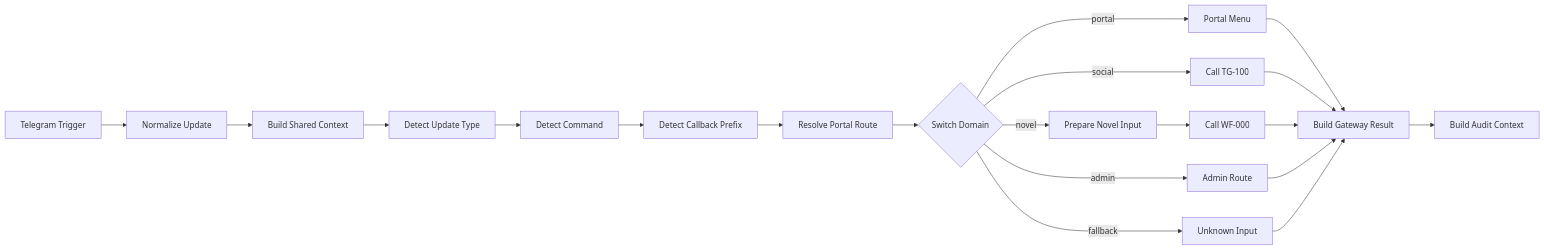
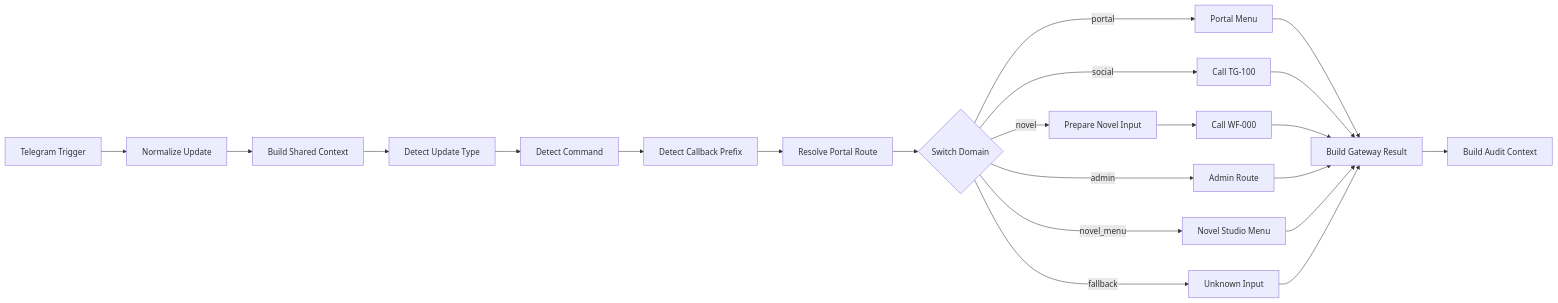
One commit to williamLee-codex/Novel-Studio changed the diagram in workflows/portal/TG-000/README.md. Above: the diagram before and after it, drawn with Mermaid. The commit also changed other lines of this file and 1 other file, not shown here.

Commit message:
Add TG-000 Novel Studio menu

````diff
--- a/workflows/portal/TG-000/README.md
+++ b/workflows/portal/TG-000/README.md
@@ -27,22 +27,24 @@
 ```mermaid
 flowchart LR
     T[Telegram Trigger] --> N[Normalize Update]
     N --> C[Build Shared Context]
     C --> D[Detect Update Type]
     D --> CMD[Detect Command]
     CMD --> CB[Detect Callback Prefix]
     CB --> R[Resolve Portal Route]
     R --> S{Switch Domain}
     S -->|portal| M[Portal Menu]
     S -->|social| TG100[Call TG-100]
+    S -->|novel_menu| NM[Novel Studio Menu]
     S -->|novel| P[Prepare Novel Input]
     P --> WF000[Call WF-000]
     S -->|admin| A[Admin Route]
     S -->|fallback| F[Unknown Input]
     M --> O[Build Gateway Result]
     TG100 --> O
     WF000 --> O
     A --> O
+    NM --> O
     F --> O
     O --> AU[Build Audit Context]
 ```
````
